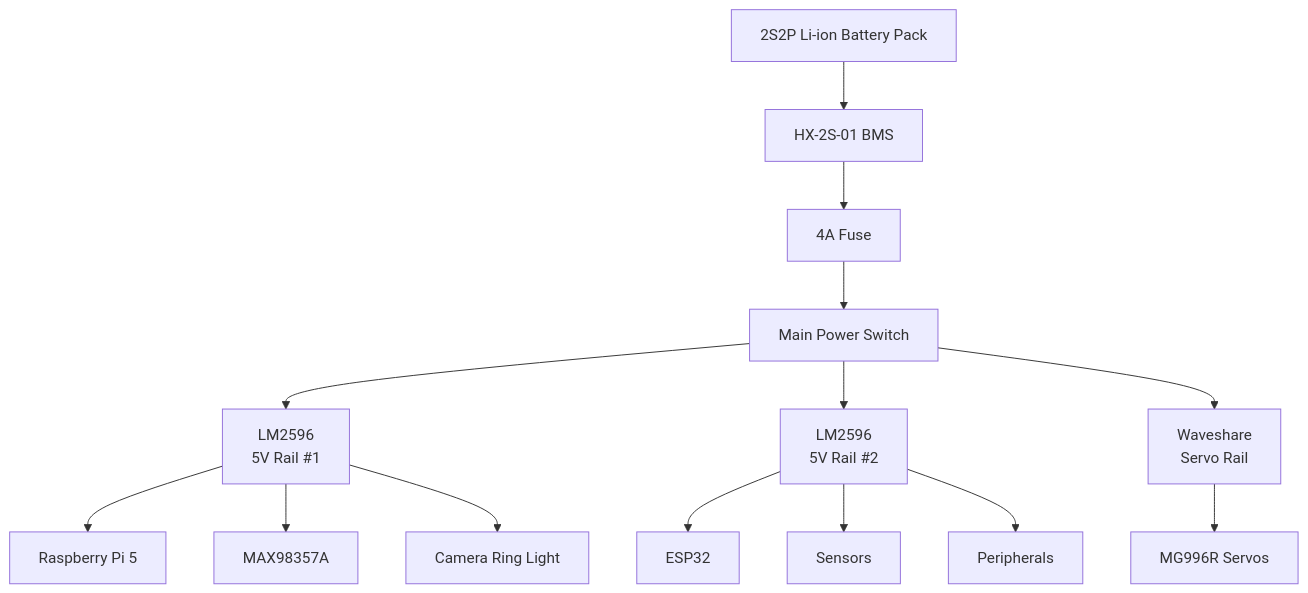
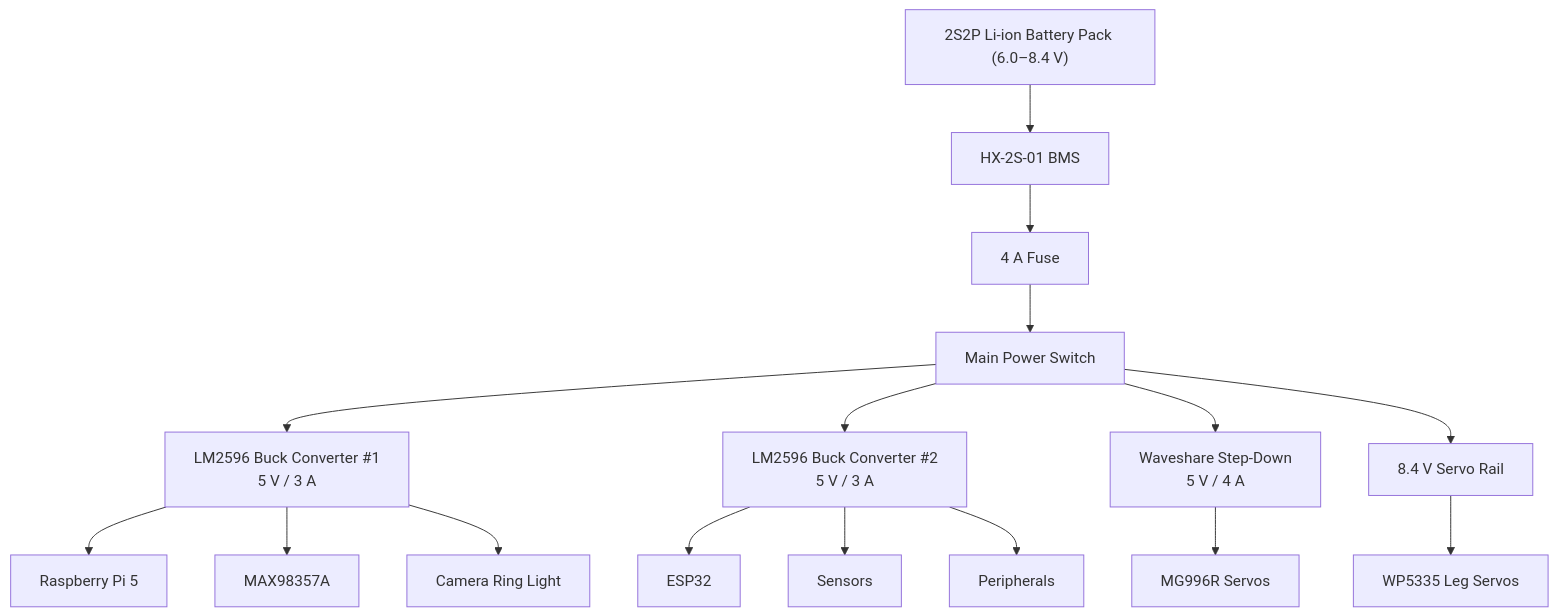
The diagram in schemes/Power Management/README.md (thkaratsis/Mitsos----An-Open-Source-AI-Humanoid-Robot), drawn with Mermaid before and after one commit.

````diff
--- a/schemes/Power Management/README.md
+++ b/schemes/Power Management/README.md
@@ -7,20 +7,28 @@
 ```mermaid
 flowchart TD
-    A[" 2S2P Li-ion Battery Pack"] --> B[" HX-2S-01 BMS"]
-    B --> C[" 4A Fuse"]
-    C --> D[" Main Power Switch"]
+    A[" 2S2P Li-ion Battery Pack (6.0–8.4 V)"]
+    B[" HX-2S-01 BMS"]
+    C[" 4 A Fuse"]
+    D[" Main Power Switch"]
 
-    D --> E[" LM2596<br/>5V Rail #1"]
-    D --> F[" LM2596<br/>5V Rail #2"]
-    D --> G[" Waveshare<br/>Servo Rail"]
+    A --> B
+    B --> C
+    C --> D
+
+    D --> E[" LM2596 Buck Converter #1<br/>5 V / 3 A"]
+    D --> F[" LM2596 Buck Converter #2<br/>5 V / 3 A"]
+    D --> G[" Waveshare Step-Down<br/>5 V / 4 A"]
+    D --> H[" 8.4 V Servo Rail"]
 
     E --> E1["Raspberry Pi 5"]
     E --> E2["MAX98357A"]
     E --> E3["Camera Ring Light"]
 
     F --> F1["ESP32"]
     F --> F2["Sensors"]
     F --> F3["Peripherals"]
 
     G --> G1["MG996R Servos"]
+
+    H --> H1["WP5335 Leg Servos"]
 ```
````
